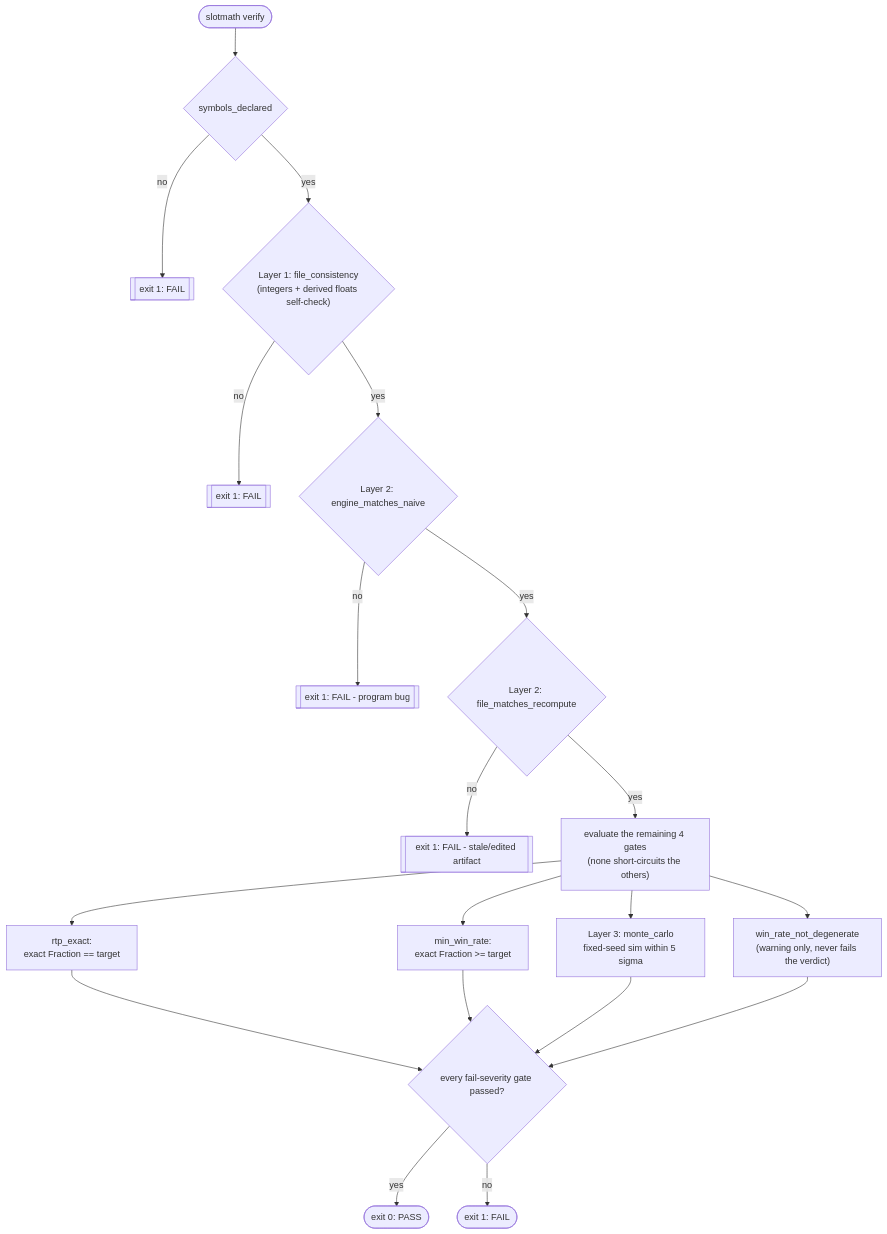
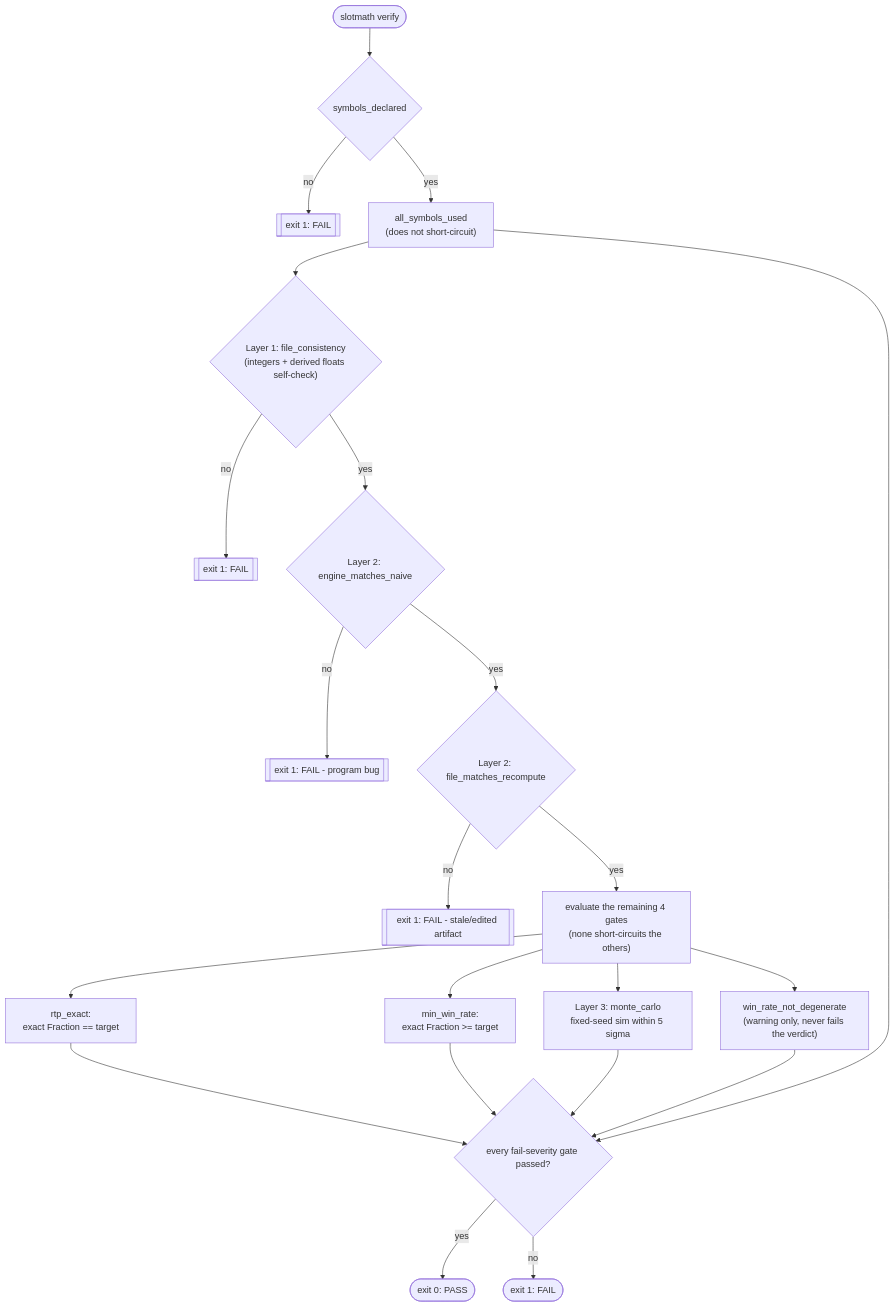
Before and after one commit to Y3NH0/slot-reel-solver: the second of 2 diagrams in README.md, drawn with Mermaid. The commit also changed other lines of this file and 8 other files, not shown here.

````diff
--- a/README.md
+++ b/README.md
@@ -94,19 +94,20 @@
 ```mermaid
 flowchart TD
     A(["slotmath verify"]) --> B{"symbols_declared"}
     B -- "no" --> X1[["exit 1: FAIL"]]
-    B -- "yes" --> C{"Layer 1: file_consistency<br/>(integers + derived floats self-check)"}
-    C -- "no" --> X2[["exit 1: FAIL"]]
-    C -- "yes" --> D{"Layer 2: engine_matches_naive"}
-    D -- "no" --> X3[["exit 1: FAIL - program bug"]]
-    D -- "yes" --> E{"Layer 2: file_matches_recompute"}
-    E -- "no" --> X4[["exit 1: FAIL - stale/edited artifact"]]
-    E -- "yes" --> F["evaluate the remaining 4 gates<br/>(none short-circuits the others)"]
-    F --> G["rtp_exact:<br/>exact Fraction == target"]
-    F --> H["min_win_rate:<br/>exact Fraction >= target"]
-    F --> I["Layer 3: monte_carlo<br/>fixed-seed sim within 5 sigma"]
-    F --> J["win_rate_not_degenerate<br/>(warning only, never fails the verdict)"]
-    G & H & I & J --> K{"every fail-severity gate passed?"}
-    K -- "yes" --> Pass(["exit 0: PASS"])
-    K -- "no" --> Fail(["exit 1: FAIL"])
+    B -- "yes" --> C["all_symbols_used<br/>(does not short-circuit)"]
+    C --> D{"Layer 1: file_consistency<br/>(integers + derived floats self-check)"}
+    D -- "no" --> X2[["exit 1: FAIL"]]
+    D -- "yes" --> E{"Layer 2: engine_matches_naive"}
+    E -- "no" --> X3[["exit 1: FAIL - program bug"]]
+    E -- "yes" --> F{"Layer 2: file_matches_recompute"}
+    F -- "no" --> X4[["exit 1: FAIL - stale/edited artifact"]]
+    F -- "yes" --> G["evaluate the remaining 4 gates<br/>(none short-circuits the others)"]
+    G --> H["rtp_exact:<br/>exact Fraction == target"]
+    G --> I["min_win_rate:<br/>exact Fraction >= target"]
+    G --> J["Layer 3: monte_carlo<br/>fixed-seed sim within 5 sigma"]
+    G --> K["win_rate_not_degenerate<br/>(warning only, never fails the verdict)"]
+    C & H & I & J & K --> L{"every fail-severity gate passed?"}
+    L -- "yes" --> Pass(["exit 0: PASS"])
+    L -- "no" --> Fail(["exit 1: FAIL"])
 ```
````
